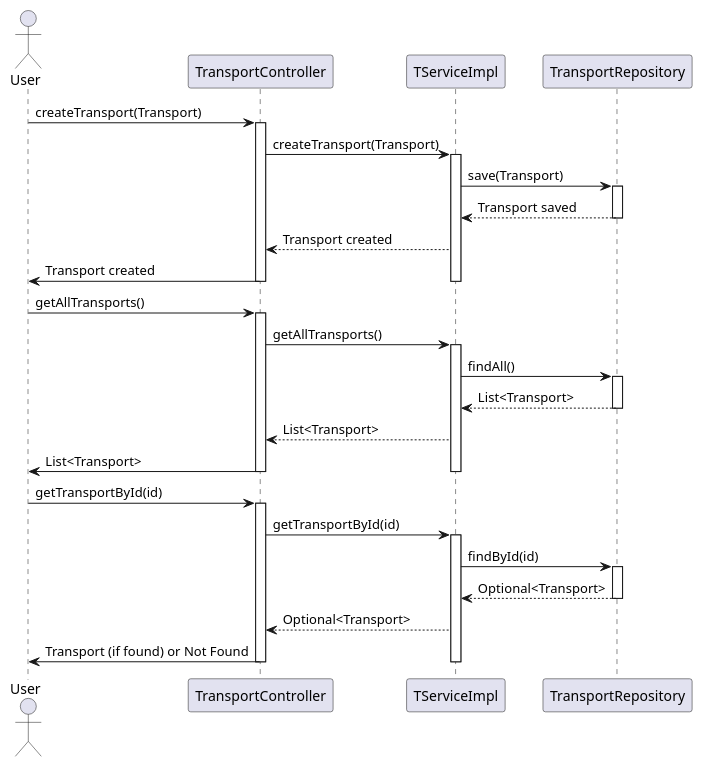
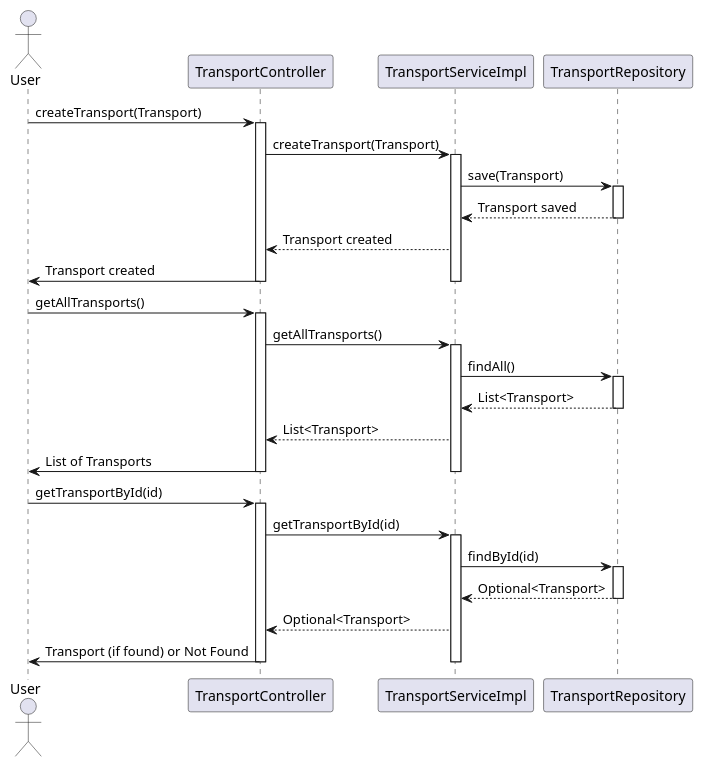
Before and after one commit to RakusasuDorea/MicroserviceDemo: the diagram in transport-service/src/uml/Transport.puml, drawn with PlantUML. The commit also changed 15 other files, not shown here.

Commit message:
Fix Naming Conventions, Best Practices, UML

```diff
--- a/transport-service/src/uml/Transport.puml
+++ b/transport-service/src/uml/Transport.puml
@@ -1,47 +1,47 @@
 @startuml
 
 actor User
 participant TransportController
-participant TServiceImpl
+participant TransportServiceImpl
 participant TransportRepository
 
 User -> TransportController: createTransport(Transport)
 activate TransportController
-TransportController -> TServiceImpl: createTransport(Transport)
-activate TServiceImpl
-TServiceImpl -> TransportRepository: save(Transport)
+TransportController -> TransportServiceImpl: createTransport(Transport)
+activate TransportServiceImpl
+TransportServiceImpl -> TransportRepository: save(Transport)
 activate TransportRepository
-TransportRepository --> TServiceImpl: Transport saved
+TransportRepository --> TransportServiceImpl: Transport saved
 deactivate TransportRepository
-TServiceImpl --> TransportController: Transport created
+TransportServiceImpl --> TransportController: Transport created
 TransportController -> User: Transport created
-deactivate TServiceImpl
+deactivate TransportServiceImpl
 deactivate TransportController
 
 User -> TransportController: getAllTransports()
 activate TransportController
-TransportController -> TServiceImpl: getAllTransports()
-activate TServiceImpl
-TServiceImpl -> TransportRepository: findAll()
+TransportController -> TransportServiceImpl: getAllTransports()
+activate TransportServiceImpl
+TransportServiceImpl -> TransportRepository: findAll()
 activate TransportRepository
-TransportRepository --> TServiceImpl: List<Transport>
+TransportRepository --> TransportServiceImpl: List<Transport>
 deactivate TransportRepository
-TServiceImpl --> TransportController: List<Transport>
-TransportController -> User: List<Transport>
-deactivate TServiceImpl
+TransportServiceImpl --> TransportController: List<Transport>
+TransportController -> User: List of Transports
+deactivate TransportServiceImpl
 deactivate TransportController
 
 User -> TransportController: getTransportById(id)
 activate TransportController
-TransportController -> TServiceImpl: getTransportById(id)
-activate TServiceImpl
-TServiceImpl -> TransportRepository: findById(id)
+TransportController -> TransportServiceImpl: getTransportById(id)
+activate TransportServiceImpl
+TransportServiceImpl -> TransportRepository: findById(id)
 activate TransportRepository
-TransportRepository --> TServiceImpl: Optional<Transport>
+TransportRepository --> TransportServiceImpl: Optional<Transport>
 deactivate TransportRepository
-TServiceImpl --> TransportController: Optional<Transport>
+TransportServiceImpl --> TransportController: Optional<Transport>
 TransportController -> User: Transport (if found) or Not Found
-deactivate TServiceImpl
+deactivate TransportServiceImpl
 deactivate TransportController
 
 @enduml
```
